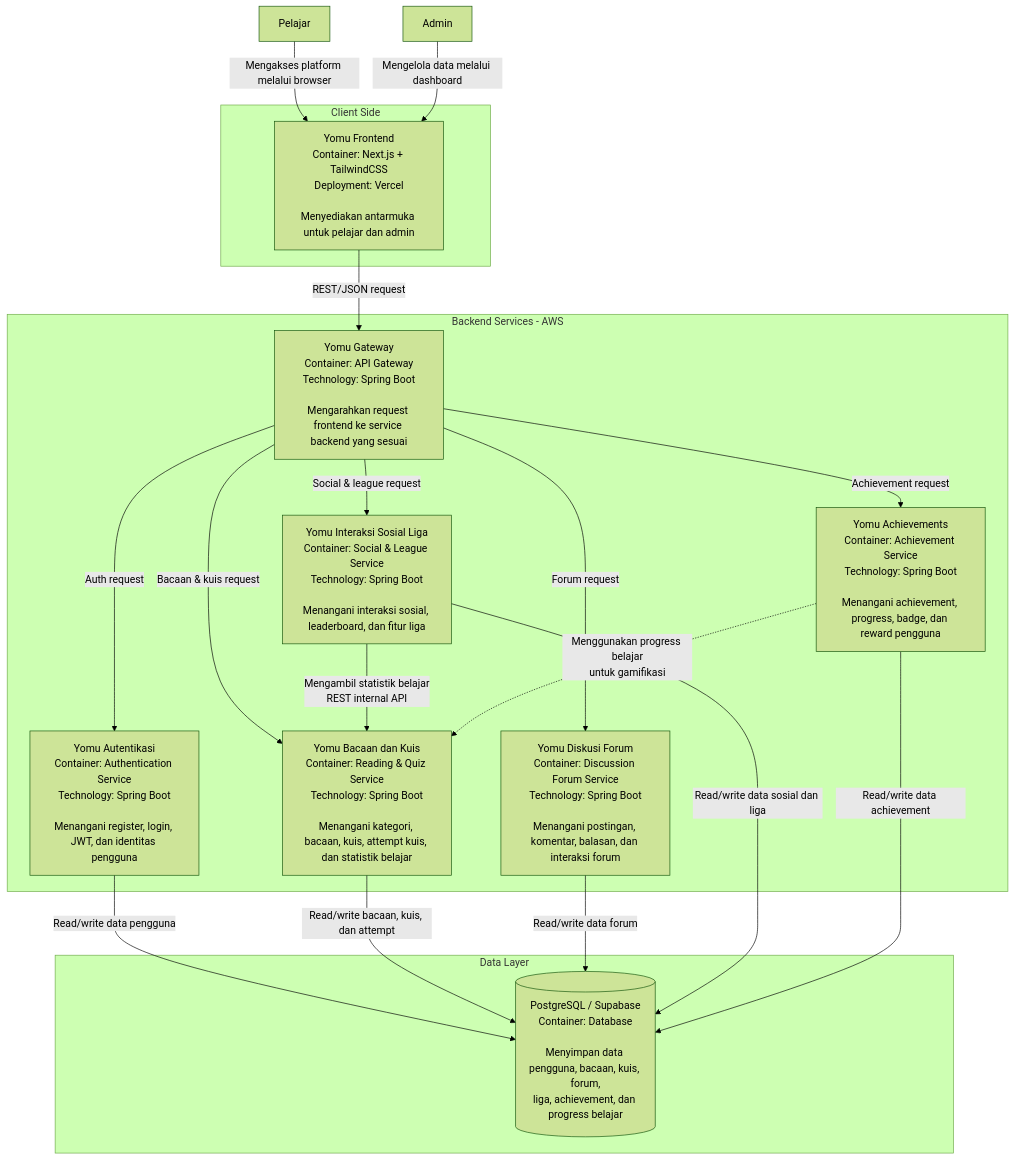
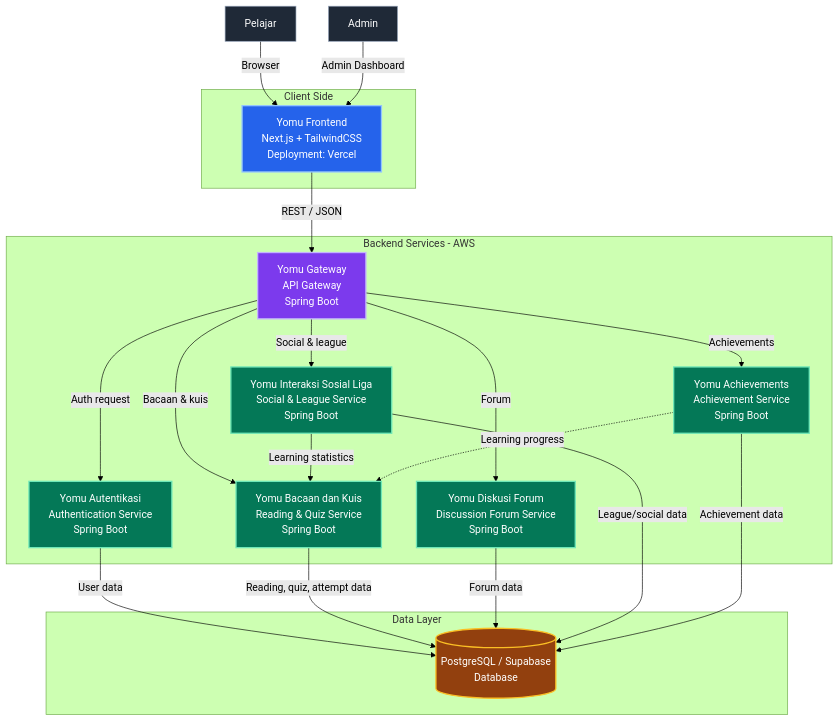
The diagram in profile/README.md (advprog-2026-B14-project/.github), drawn with Mermaid (forest theme) before and after one commit.

Commit message:
Update container diagram

````diff
--- a/profile/README.md
+++ b/profile/README.md
@@ -7,47 +7,59 @@
 ```mermaid
 flowchart TB
     Learner[Pelajar]
     Admin[Admin]
 
     subgraph Client["Client Side"]
-        Frontend["Yomu Frontend<br/>Container: Next.js + TailwindCSS<br/>Deployment: Vercel<br/><br/>Menyediakan antarmuka untuk pelajar dan admin"]
+        Frontend["Yomu Frontend<br/>Next.js + TailwindCSS<br/>Deployment: Vercel"]
     end
 
     subgraph Backend["Backend Services - AWS"]
-        Gateway["Yomu Gateway<br/>Container: API Gateway<br/>Technology: Spring Boot<br/><br/>Mengarahkan request frontend ke service backend yang sesuai"]
+        Gateway["Yomu Gateway<br/>API Gateway<br/>Spring Boot"]
 
-        Auth["Yomu Autentikasi<br/>Container: Authentication Service<br/>Technology: Spring Boot<br/><br/>Menangani register, login, JWT, dan identitas pengguna"]
+        Auth["Yomu Autentikasi<br/>Authentication Service<br/>Spring Boot"]
 
-        BacaanKuis["Yomu Bacaan dan Kuis<br/>Container: Reading & Quiz Service<br/>Technology: Spring Boot<br/><br/>Menangani kategori, bacaan, kuis, attempt kuis, dan statistik belajar"]
+        BacaanKuis["Yomu Bacaan dan Kuis<br/>Reading & Quiz Service<br/>Spring Boot"]
 
-        Forum["Yomu Diskusi Forum<br/>Container: Discussion Forum Service<br/>Technology: Spring Boot<br/><br/>Menangani postingan, komentar, balasan, dan interaksi forum"]
+        Forum["Yomu Diskusi Forum<br/>Discussion Forum Service<br/>Spring Boot"]
 
-        Liga["Yomu Interaksi Sosial Liga<br/>Container: Social & League Service<br/>Technology: Spring Boot<br/><br/>Menangani interaksi sosial, leaderboard, dan fitur liga"]
+        Liga["Yomu Interaksi Sosial Liga<br/>Social & League Service<br/>Spring Boot"]
 
-        Achievements["Yomu Achievements<br/>Container: Achievement Service<br/>Technology: Spring Boot<br/><br/>Menangani achievement, progress, badge, dan reward pengguna"]
+        Achievements["Yomu Achievements<br/>Achievement Service<br/>Spring Boot"]
     end
 
     subgraph Data["Data Layer"]
-        Database[("PostgreSQL / Supabase<br/>Container: Database<br/><br/>Menyimpan data pengguna, bacaan, kuis, forum,<br/>liga, achievement, dan progress belajar")]
+        Database[("PostgreSQL / Supabase<br/>Database")]
     end
 
-    Learner -->|"Mengakses platform melalui browser"| Frontend
-    Admin -->|"Mengelola data melalui dashboard"| Frontend
+    Learner -->|"Browser"| Frontend
+    Admin -->|"Admin Dashboard"| Frontend
 
-    Frontend -->|"REST/JSON request"| Gateway
+    Frontend -->|"REST / JSON"| Gateway
 
     Gateway -->|"Auth request"| Auth
-    Gateway -->|"Bacaan & kuis request"| BacaanKuis
-    Gateway -->|"Forum request"| Forum
-    Gateway -->|"Social & league request"| Liga
-    Gateway -->|"Achievement request"| Achievements
+    Gateway -->|"Bacaan & kuis"| BacaanKuis
+    Gateway -->|"Forum"| Forum
+    Gateway -->|"Social & league"| Liga
+    Gateway -->|"Achievements"| Achievements
 
-    Auth -->|"Read/write data pengguna"| Database
-    BacaanKuis -->|"Read/write bacaan, kuis, dan attempt"| Database
-    Forum -->|"Read/write data forum"| Database
-    Liga -->|"Read/write data sosial dan liga"| Database
-    Achievements -->|"Read/write data achievement"| Database
+    Auth -->|"User data"| Database
+    BacaanKuis -->|"Reading, quiz, attempt data"| Database
+    Forum -->|"Forum data"| Database
+    Liga -->|"League/social data"| Database
+    Achievements -->|"Achievement data"| Database
 
-    Liga -->|"Mengambil statistik belajar<br/>REST internal API"| BacaanKuis
-    Achievements -.->|"Menggunakan progress belajar<br/>untuk gamifikasi"| BacaanKuis
+    Liga -->|"Learning statistics"| BacaanKuis
+    Achievements -.->|"Learning progress"| BacaanKuis
+
+    classDef actor fill:#1f2937,stroke:#94a3b8,color:#ffffff,stroke-width:1px;
+    classDef frontend fill:#2563eb,stroke:#93c5fd,color:#ffffff,stroke-width:2px;
+    classDef gateway fill:#7c3aed,stroke:#c4b5fd,color:#ffffff,stroke-width:2px;
+    classDef service fill:#047857,stroke:#6ee7b7,color:#ffffff,stroke-width:2px;
+    classDef database fill:#92400e,stroke:#fbbf24,color:#ffffff,stroke-width:2px;
+
+    class Learner,Admin actor;
+    class Frontend frontend;
+    class Gateway gateway;
+    class Auth,BacaanKuis,Forum,Liga,Achievements service;
+    class Database database;
 ```
````
